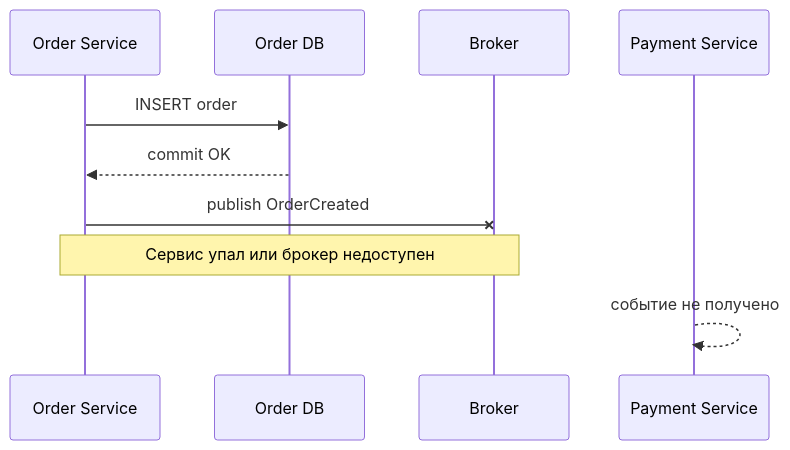
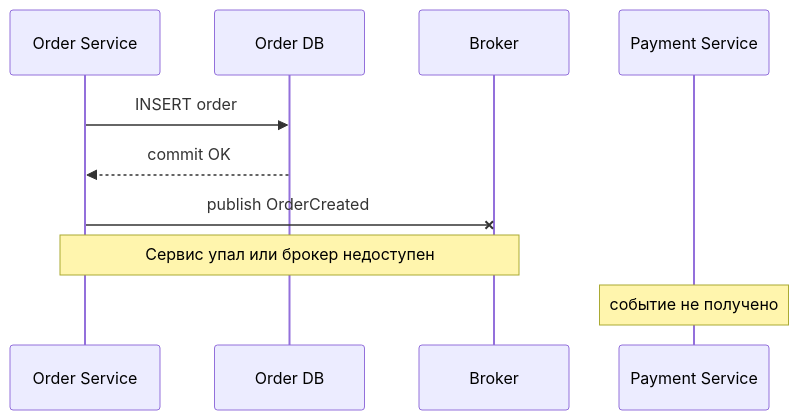
The fourth of 15 diagrams in content/lectures/Lec12/vitepress.md (Kert0n/KPO), drawn with Mermaid before and after one commit. The commit also changed other lines of this file, not shown here.

````diff
--- a/content/lectures/Lec12/vitepress.md
+++ b/content/lectures/Lec12/vitepress.md
@@ -264,13 +211,13 @@
 ```mermaid
 sequenceDiagram
     participant Order as Order Service
     participant DB as Order DB
     participant Broker as Broker
     participant Payment as Payment Service
 
     Order->>DB: INSERT order
     DB-->>Order: commit OK
     Order-xBroker: publish OrderCreated
     Note over Order,Broker: Сервис упал или брокер недоступен
-    Payment-->>Payment: событие не получено
+    Note over Payment: событие не получено
 ```
````
